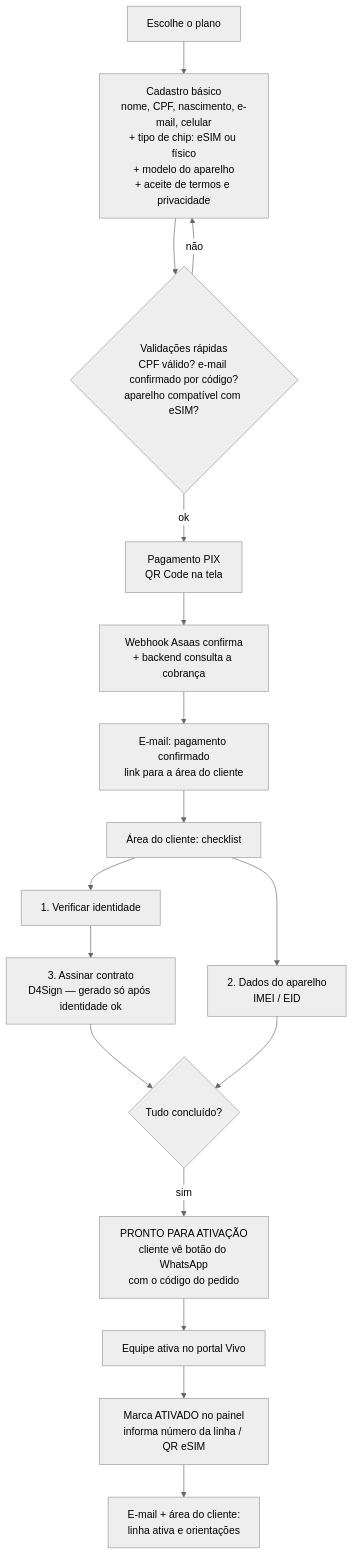
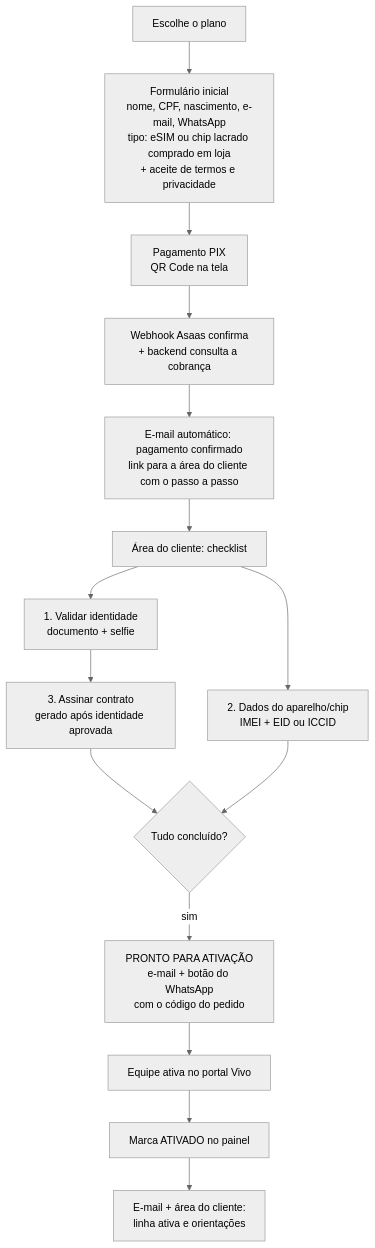
One commit to viniciusalvesmkt2023-glitch/GIGACHIP-LTDA changed the diagram in docs/01-analise-estrategica.md. Above: the diagram before and after it, drawn with Mermaid (neutral theme). The commit also changed other lines of this file and 5 other files, not shown here.

First line of the commit message:
docs: registra decisões dos sócios (pagamento primeiro, KYC obrigatório, ICCID, provedor de assinatura)

````diff
--- a/docs/01-analise-estrategica.md
+++ b/docs/01-analise-estrategica.md
@@ -40,19 +42,17 @@
 ```mermaid
 flowchart TD
-    A[Escolhe o plano] --> B[Cadastro básico<br/>nome, CPF, nascimento, e-mail, celular<br/>+ tipo de chip: eSIM ou físico<br/>+ modelo do aparelho<br/>+ aceite de termos e privacidade]
-    B --> C{Validações rápidas<br/>CPF válido? e-mail confirmado por código?<br/>aparelho compatível com eSIM?}
-    C -- não --> B
-    C -- ok --> D[Pagamento PIX<br/>QR Code na tela]
+    A[Escolhe o plano] --> B[Formulário inicial<br/>nome, CPF, nascimento, e-mail, WhatsApp<br/>tipo: eSIM ou chip lacrado comprado em loja<br/>+ aceite de termos e privacidade]
+    B --> D[Pagamento PIX<br/>QR Code na tela]
     D --> E[Webhook Asaas confirma<br/>+ backend consulta a cobrança]
-    E --> F[E-mail: pagamento confirmado<br/>link para a área do cliente]
+    E --> F[E-mail automático: pagamento confirmado<br/>link para a área do cliente com o passo a passo]
     F --> G[Área do cliente: checklist]
-    G --> H[1. Verificar identidade]
-    G --> J[2. Dados do aparelho<br/>IMEI / EID]
-    H --> I[3. Assinar contrato<br/>D4Sign — gerado só após identidade ok]
+    G --> H[1. Validar identidade<br/>documento + selfie]
+    G --> J[2. Dados do aparelho/chip<br/>IMEI + EID ou ICCID]
+    H --> I[3. Assinar contrato<br/>gerado após identidade aprovada]
     I --> K{Tudo concluído?}
     J --> K
-    K -- sim --> L[PRONTO PARA ATIVAÇÃO<br/>cliente vê botão do WhatsApp<br/>com o código do pedido]
+    K -- sim --> L[PRONTO PARA ATIVAÇÃO<br/>e-mail + botão do WhatsApp<br/>com o código do pedido]
     L --> M[Equipe ativa no portal Vivo]
-    M --> N[Marca ATIVADO no painel<br/>informa número da linha / QR eSIM]
+    M --> N[Marca ATIVADO no painel]
     N --> O[E-mail + área do cliente:<br/>linha ativa e orientações]
 ```
````
